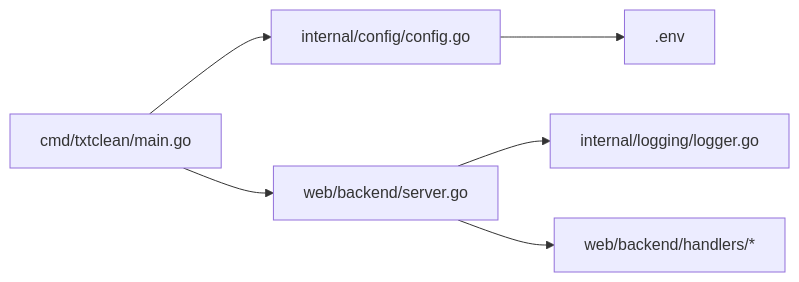
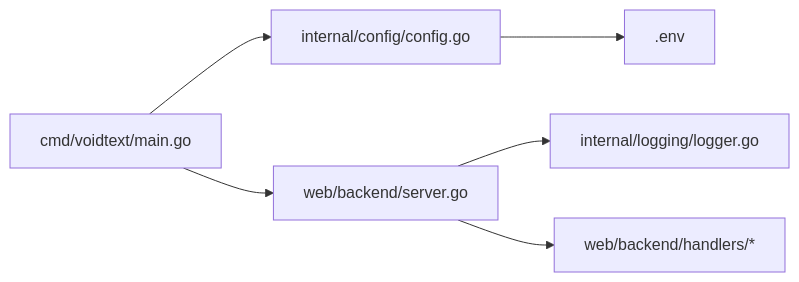
The third of 3 diagrams in repowikis/部署和运维/部署配置.md (handy-h/VoidText), drawn with Mermaid before and after one commit. The commit also changed other lines of this file and 101 other files, not shown here.

````diff
--- a/repowikis/部署和运维/部署配置.md
+++ b/repowikis/部署和运维/部署配置.md
@@ -261,8 +261,8 @@
 ```mermaid
 graph LR
-Main["cmd/txtclean/main.go"] --> Cfg["internal/config/config.go"]
+Main["cmd/voidtext/main.go"] --> Cfg["internal/config/config.go"]
 Main --> Srv["web/backend/server.go"]
 Srv --> Log["internal/logging/logger.go"]
 Cfg --> Env[".env"]
 Srv --> Handlers["web/backend/handlers/*"]
 ```
````
